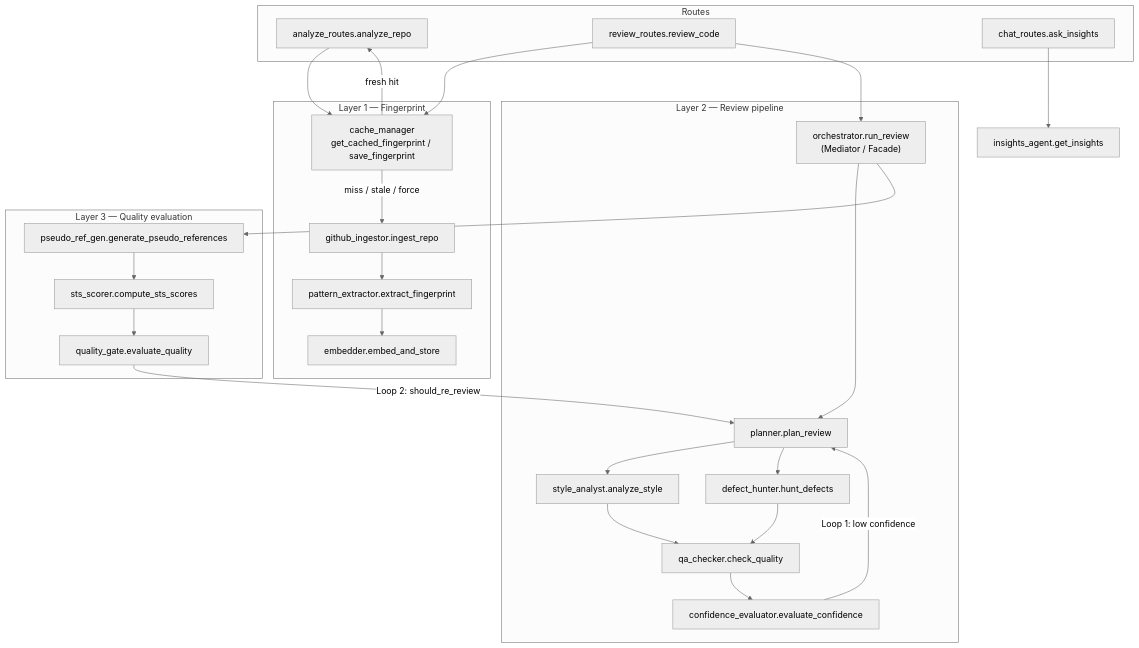
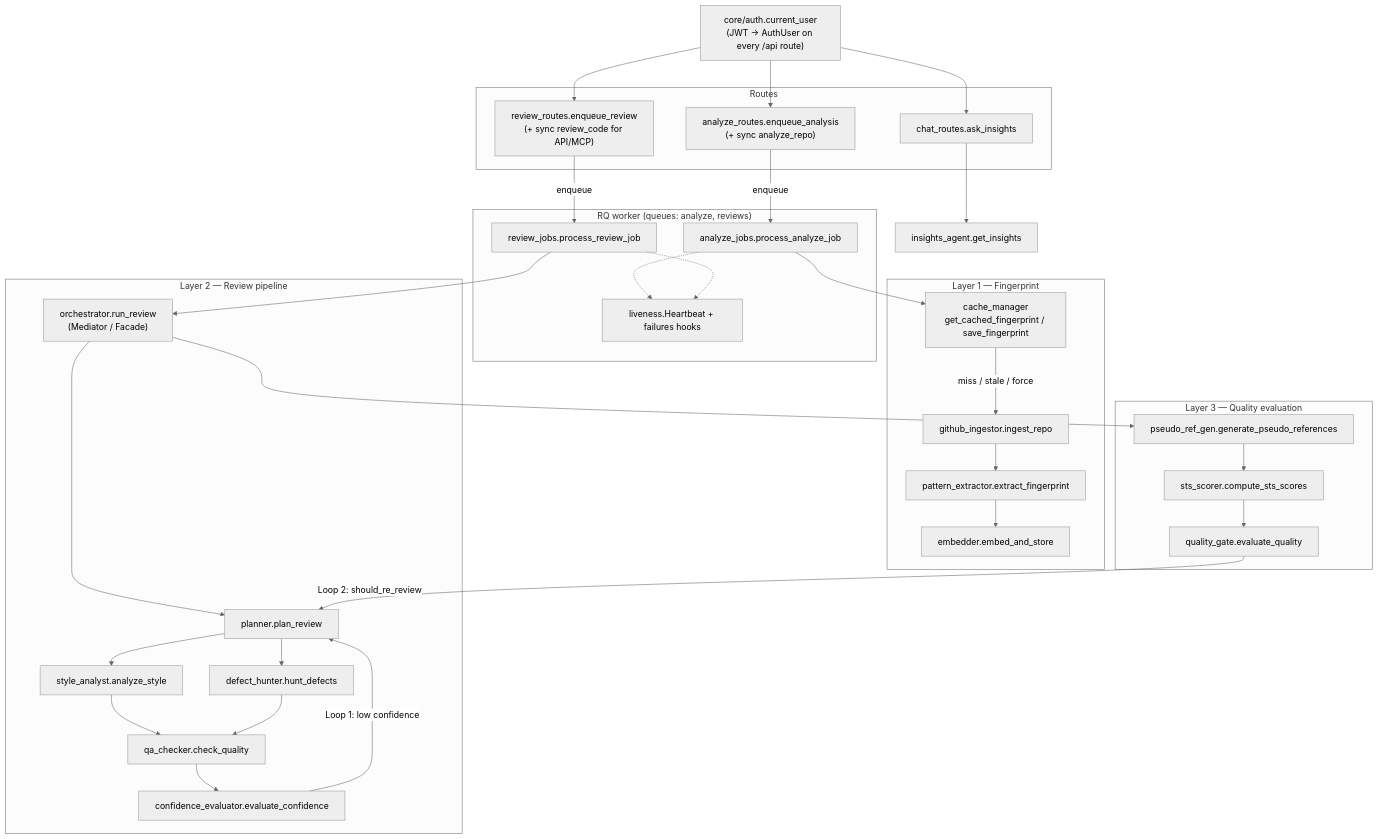
One commit to vaishnavi1064/PersonaCR changed the diagram in docs/ARCHITECTURE.md. Above: the diagram before and after it, drawn with Mermaid (neutral theme). The commit also changed other lines of this file and 27 other files, not shown here.

````diff
--- a/docs/ARCHITECTURE.md
+++ b/docs/ARCHITECTURE.md
@@ -9,45 +9,55 @@
 ```mermaid
 flowchart TB
+  AUTH["core/auth.current_user<br/>(JWT → AuthUser on every /api route)"]
   subgraph API["Routes"]
-    AR["analyze_routes.analyze_repo"]
-    RR["review_routes.review_code"]
+    AR["analyze_routes.enqueue_analysis<br/>(+ sync analyze_repo)"]
+    RR["review_routes.enqueue_review<br/>(+ sync review_code for API/MCP)"]
     CR["chat_routes.ask_insights"]
+  end
+
+  subgraph Worker["RQ worker (queues: analyze, reviews)"]
+    AJ["analyze_jobs.process_analyze_job"]
+    RJ["review_jobs.process_review_job"]
+    HB["liveness.Heartbeat + failures hooks"]
   end
 
   subgraph Layer1["Layer 1 — Fingerprint"]
     CM["cache_manager<br/>get_cached_fingerprint / save_fingerprint"]
     GI["github_ingestor.ingest_repo"]
     PE["pattern_extractor.extract_fingerprint"]
     EM["embedder.embed_and_store"]
   end
 
   subgraph Layer2["Layer 2 — Review pipeline"]
     ORCH["orchestrator.run_review<br/>(Mediator / Facade)"]
     PL["planner.plan_review"]
     SA["style_analyst.analyze_style"]
     DH["defect_hunter.hunt_defects"]
     QA["qa_checker.check_quality"]
     CE["confidence_evaluator.evaluate_confidence"]
   end
 
   subgraph Layer3["Layer 3 — Quality evaluation"]
     PR["pseudo_ref_gen.generate_pseudo_references"]
     STS["sts_scorer.compute_sts_scores"]
     QG["quality_gate.evaluate_quality"]
   end
 
   IA["insights_agent.get_insights"]
 
-  AR --> CM
+  AUTH --> AR & RR & CR
+  AR -->|enqueue| AJ
+  RR -->|enqueue| RJ
+  AJ --> CM
   CM -->|miss / stale / force| GI --> PE --> EM
-  CM -->|fresh hit| AR
-  RR --> CM
-  RR --> ORCH
+  RJ --> ORCH
+  AJ -.-> HB
+  RJ -.-> HB
   ORCH --> PL
   PL --> SA & DH
   SA & DH --> QA --> CE
   CE -->|Loop 1: low confidence| PL
   ORCH --> PR --> STS --> QG
   QG -->|Loop 2: should_re_review| PL
   CR --> IA
 ```
````
